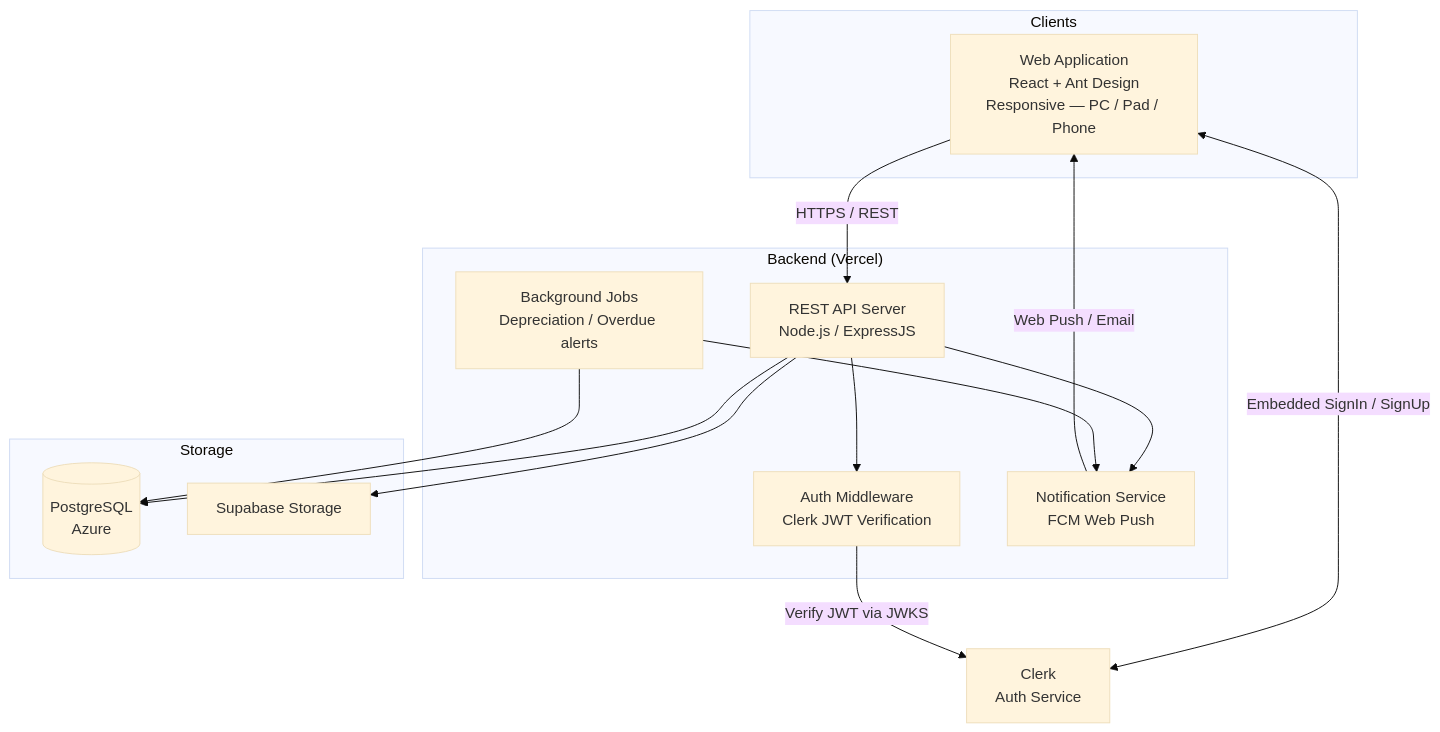
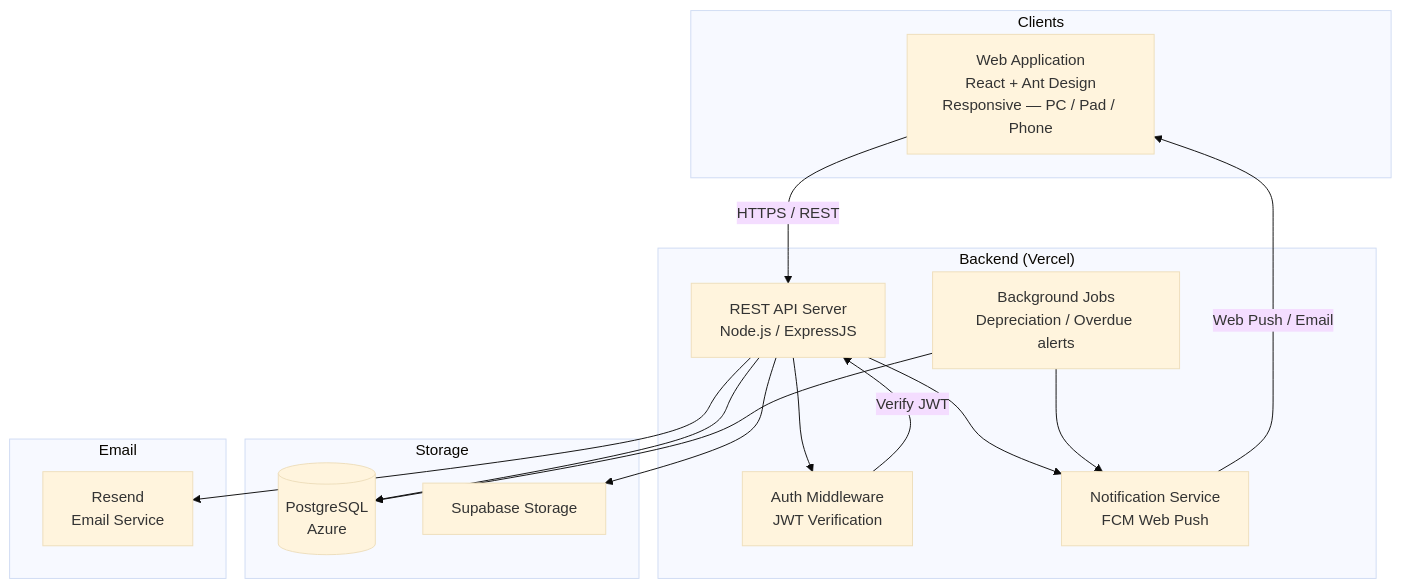
Before and after one commit to Hansenyao/sportstock: the first of 8 diagrams in docs/system-design.md, drawn with Mermaid (base theme). The commit also changed other lines of this file and 29 other files, not shown here.

Commit message:
Remove Clerk and update Auth implementation

````diff
--- a/docs/system-design.md
+++ b/docs/system-design.md
@@ -23,32 +23,34 @@
 ```mermaid
 graph TB
     subgraph Clients
         WEB[Web Application<br/>React + Ant Design<br/>Responsive — PC / Pad / Phone]
     end
 
     subgraph Backend["Backend (Vercel)"]
         API[REST API Server<br/>Node.js / ExpressJS]
-        AUTH[Auth Middleware<br/>Clerk JWT Verification]
+        AUTH[Auth Middleware<br/>JWT Verification]
         NOTIF[Notification Service<br/>FCM Web Push]
         JOBS[Background Jobs<br/>Depreciation / Overdue alerts]
     end
 
     subgraph Storage
         DB[(PostgreSQL<br/>Azure)]
         FILES[Supabase Storage]
     end
 
-    CLERK[Clerk<br/>Auth Service]
+    subgraph Email
+        RESEND[Resend<br/>Email Service]
+    end
 
     WEB -->|HTTPS / REST| API
-    WEB <-->|Embedded SignIn / SignUp| CLERK
     API --> AUTH
-    AUTH -->|Verify JWT via JWKS| CLERK
+    AUTH -->|Verify JWT| API
     API --> DB
     API --> FILES
     API --> NOTIF
+    API --> RESEND
     JOBS --> DB
     JOBS --> NOTIF
 
     NOTIF -->|Web Push / Email| WEB
 ```
````
